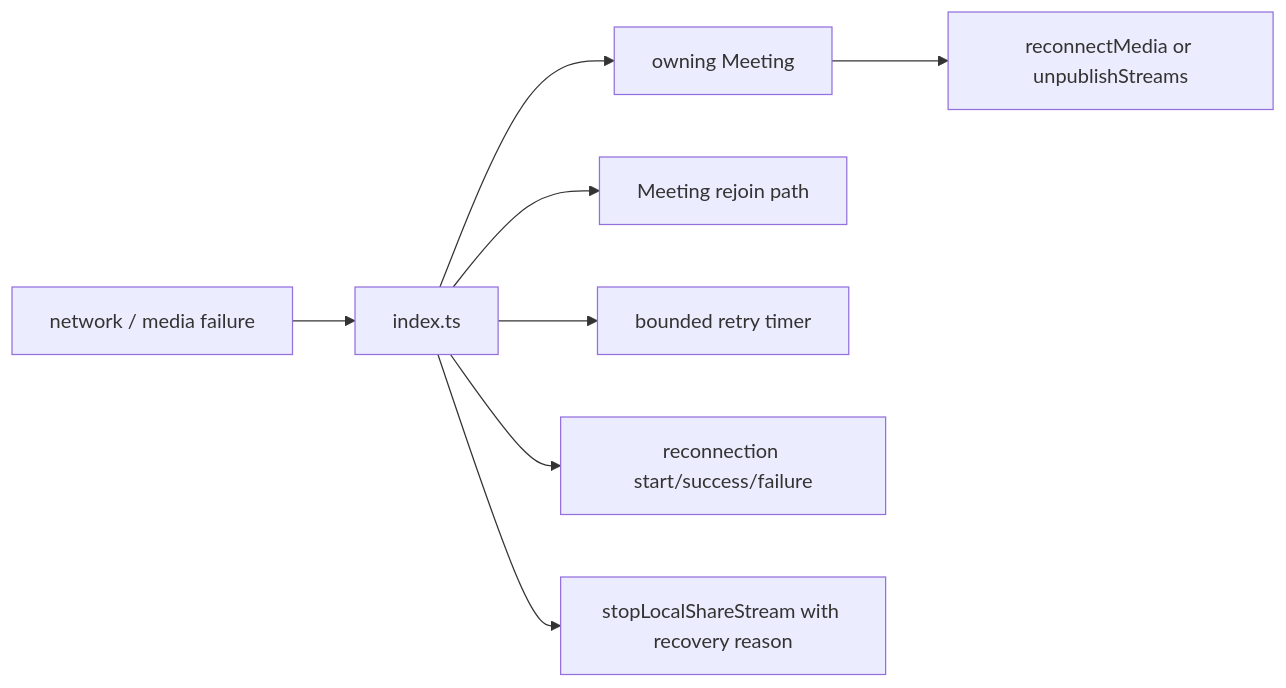
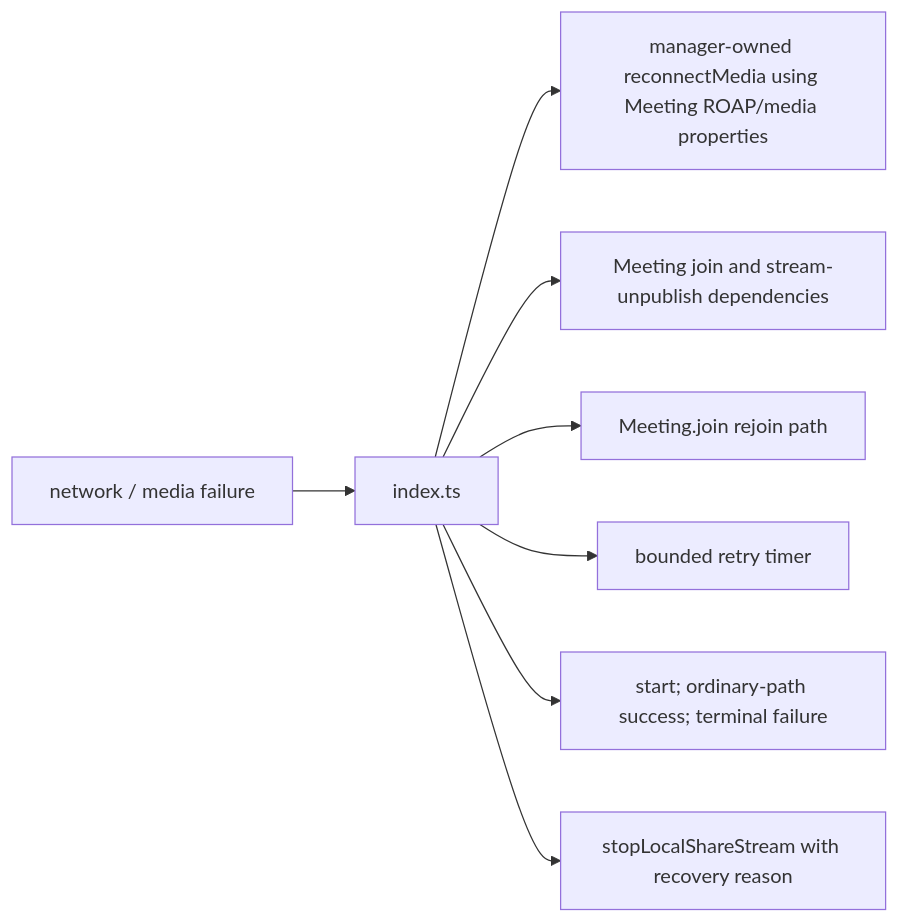
The first of 5 diagrams in packages/@webex/plugin-meetings/src/reconnection-manager/ai-docs/reconnection-manager-spec.md (webex/webex-js-sdk), drawn with Mermaid before and after one commit. The commit also changed other lines of this file and 24 other files, not shown here.

````diff
--- a/packages/@webex/plugin-meetings/src/reconnection-manager/ai-docs/reconnection-manager-spec.md
+++ b/packages/@webex/plugin-meetings/src/reconnection-manager/ai-docs/reconnection-manager-spec.md
@@ -96,10 +111,10 @@
 ```mermaid
 flowchart LR
   Network[network / media failure] --> Manager[index.ts]
-  Manager --> Meeting[owning Meeting]
-  Meeting --> Media[reconnectMedia or unpublishStreams]
-  Manager --> Rejoin[Meeting rejoin path]
+  Manager --> Media[manager-owned reconnectMedia using Meeting ROAP/media properties]
+  Manager --> Meeting[Meeting join and stream-unpublish dependencies]
+  Manager --> Rejoin[Meeting.join rejoin path]
   Manager --> Timer[bounded retry timer]
-  Manager --> Events[reconnection start/success/failure]
+  Manager --> Events[start; ordinary-path success; terminal failure]
   Manager --> ShareStop[stopLocalShareStream with recovery reason]
 ```
````
